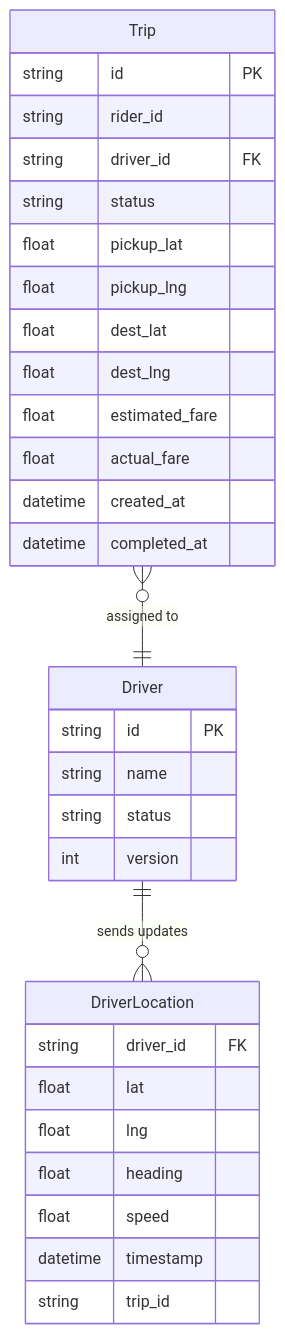
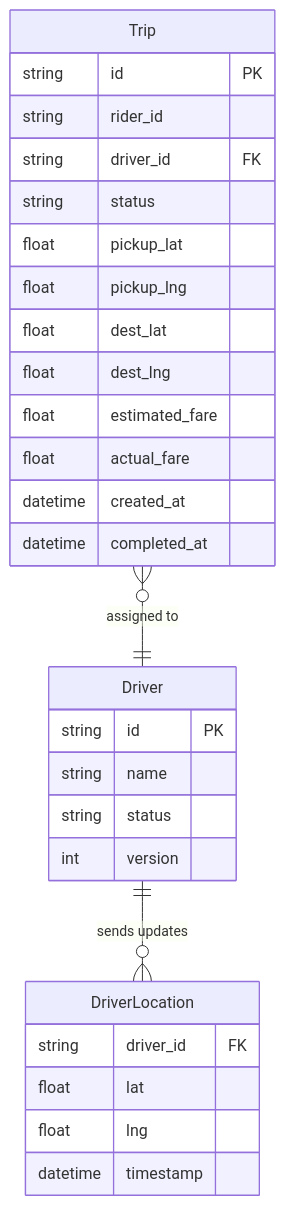
The first of 7 diagrams in SYSTEM_DESIGN/UBER.md (gajwala/DSA-Topic-wise), drawn with Mermaid before and after one commit. The commit also changed other lines of this file, not shown here.

````diff
--- a/SYSTEM_DESIGN/UBER.md
+++ b/SYSTEM_DESIGN/UBER.md
@@ -49,35 +47,31 @@
 ```mermaid
 erDiagram
     Trip {
         string id PK
         string rider_id
         string driver_id FK
         string status
         float pickup_lat
         float pickup_lng
         float dest_lat
         float dest_lng
         float estimated_fare
         float actual_fare
         datetime created_at
         datetime completed_at
     }
     Driver {
         string id PK
         string name
         string status
         int version
     }
     DriverLocation {
         string driver_id FK
         float lat
         float lng
-        float heading
-        float speed
         datetime timestamp
-        string trip_id
     }
-
     Trip }o--|| Driver : "assigned to"
     Driver ||--o{ DriverLocation : "sends updates"
 ```
````
